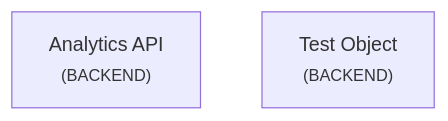
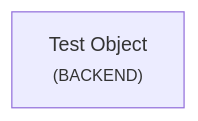
The diagram in docs/architecture/system-map.md (SCD-24/test-multi-repo-2), drawn with Mermaid before and after one commit. The commit also changed other lines of this file and 44 other files, not shown here.

````diff
--- a/docs/architecture/system-map.md
+++ b/docs/architecture/system-map.md
@@ -6,5 +4,4 @@
 ```mermaid
 graph TD
-    analytics-api["Analytics API <br/> <small>(BACKEND)</small>"]
     test-object["Test Object <br/> <small>(BACKEND)</small>"]
 ```
````
